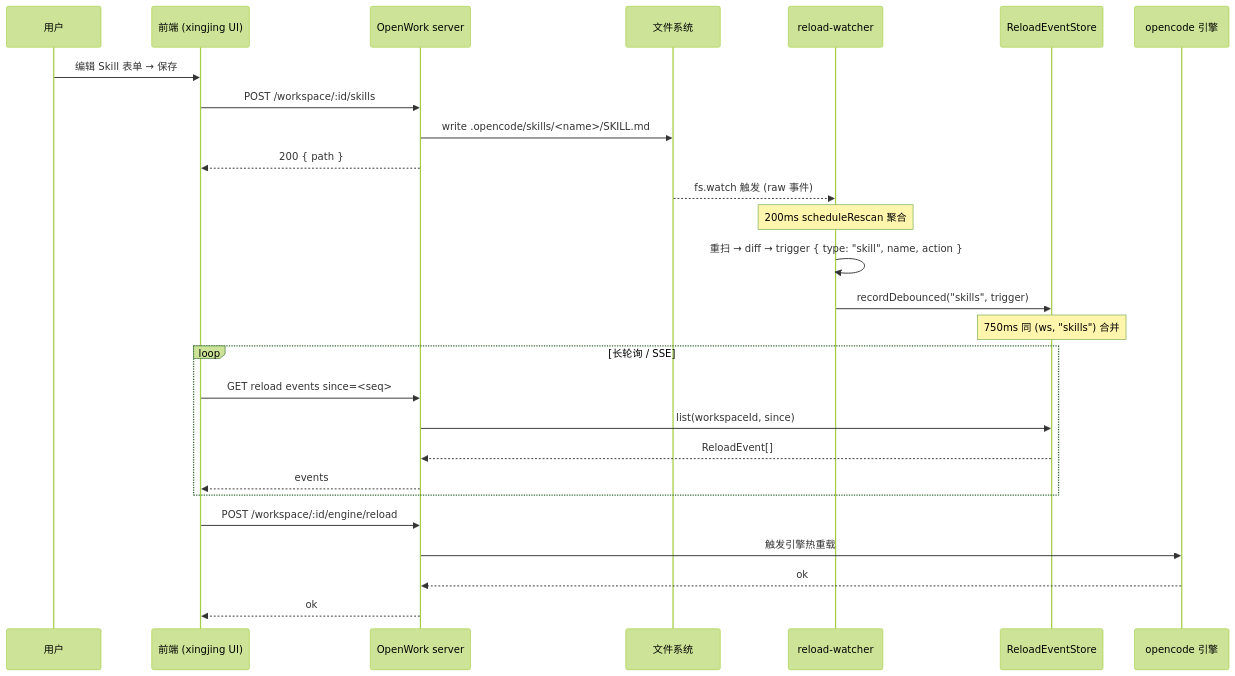
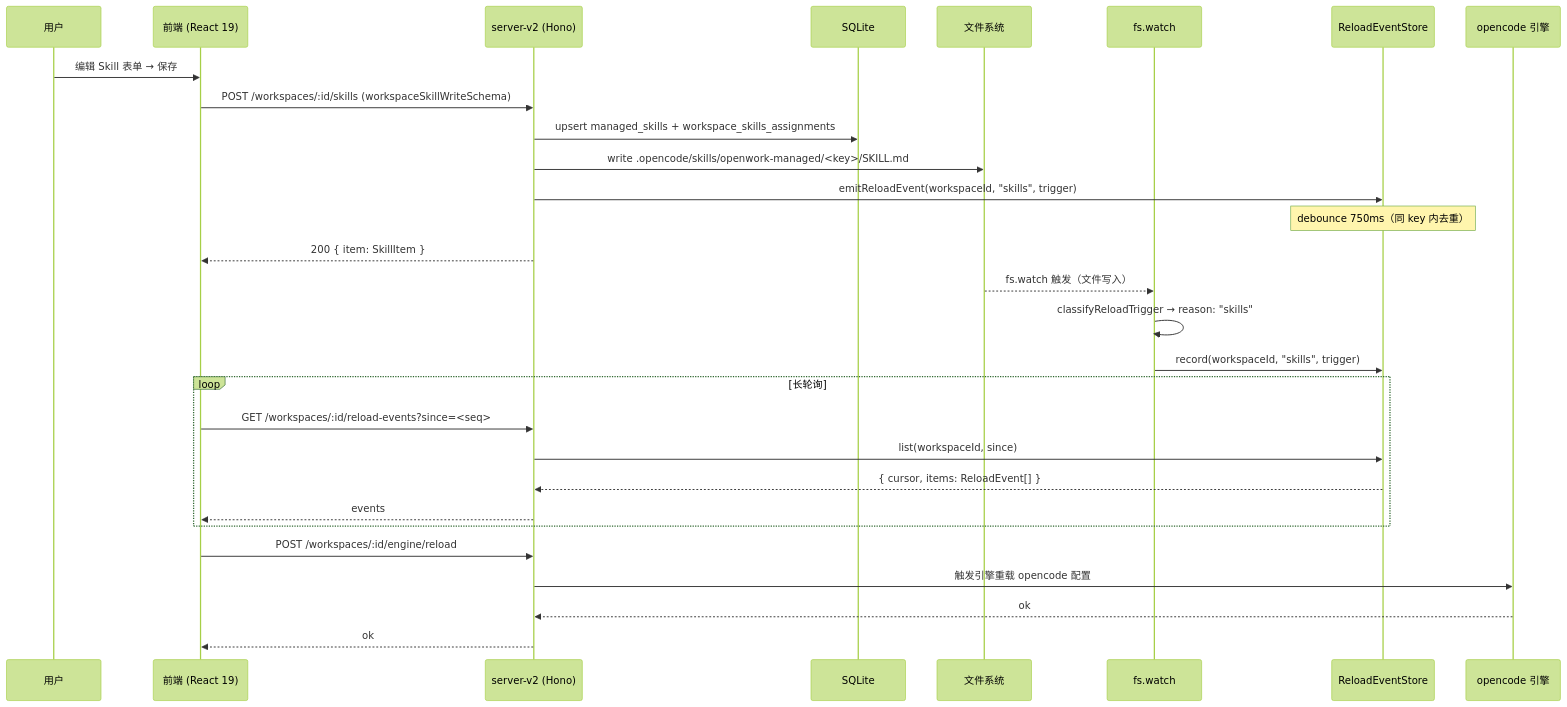
The diagram in docs/05b-openwork-skill-agent-mcp.md (kaka89/harnesswork), drawn with Mermaid (forest theme) before and after one commit. The commit also changed other lines of this file and 18 other files, not shown here.

````diff
--- a/docs/05b-openwork-skill-agent-mcp.md
+++ b/docs/05b-openwork-skill-agent-mcp.md
@@ -659,33 +727,35 @@
 ```mermaid
 sequenceDiagram
   participant U as 用户
-  participant FE as 前端 (xingjing UI)
-  participant SV as OpenWork server
+  participant FE as 前端 (React 19)
+  participant SV as server-v2 (Hono)
+  participant DB as SQLite
   participant FS as 文件系统
-  participant W as reload-watcher
+  participant W as fs.watch
   participant ES as ReloadEventStore
   participant EN as opencode 引擎
 
   U->>FE: 编辑 Skill 表单 → 保存
-  FE->>SV: POST /workspace/:id/skills
-  SV->>FS: write .opencode/skills/<name>/SKILL.md
-  SV-->>FE: 200 { path }
+  FE->>SV: POST /workspaces/:id/skills (workspaceSkillWriteSchema)
+  SV->>DB: upsert managed_skills + workspace_skills_assignments
+  SV->>FS: write .opencode/skills/openwork-managed/<key>/SKILL.md
+  SV->>ES: emitReloadEvent(workspaceId, "skills", trigger)
+  Note over ES: debounce 750ms（同 key 内去重）
+  SV-->>FE: 200 { item: SkillItem }
 
-  FS-->>W: fs.watch 触发 (raw 事件)
-  Note over W: 200ms scheduleRescan 聚合
-  W->>W: 重扫 → diff → trigger { type: "skill", name, action }
-  W->>ES: recordDebounced("skills", trigger)
-  Note over ES: 750ms 同 (ws, "skills") 合并
+  FS-->>W: fs.watch 触发（文件写入）
+  W->>W: classifyReloadTrigger → reason: "skills"
+  W->>ES: record(workspaceId, "skills", trigger)
 
-  loop 长轮询 / SSE
-    FE->>SV: GET reload events since=<seq>
+  loop 长轮询
+    FE->>SV: GET /workspaces/:id/reload-events?since=<seq>
     SV->>ES: list(workspaceId, since)
-    ES-->>SV: ReloadEvent[]
+    ES-->>SV: { cursor, items: ReloadEvent[] }
     SV-->>FE: events
   end
 
-  FE->>SV: POST /workspace/:id/engine/reload
-  SV->>EN: 触发引擎热重载
+  FE->>SV: POST /workspaces/:id/engine/reload
+  SV->>EN: 触发引擎重载 opencode 配置
   EN-->>SV: ok
   SV-->>FE: ok
 ```
````
